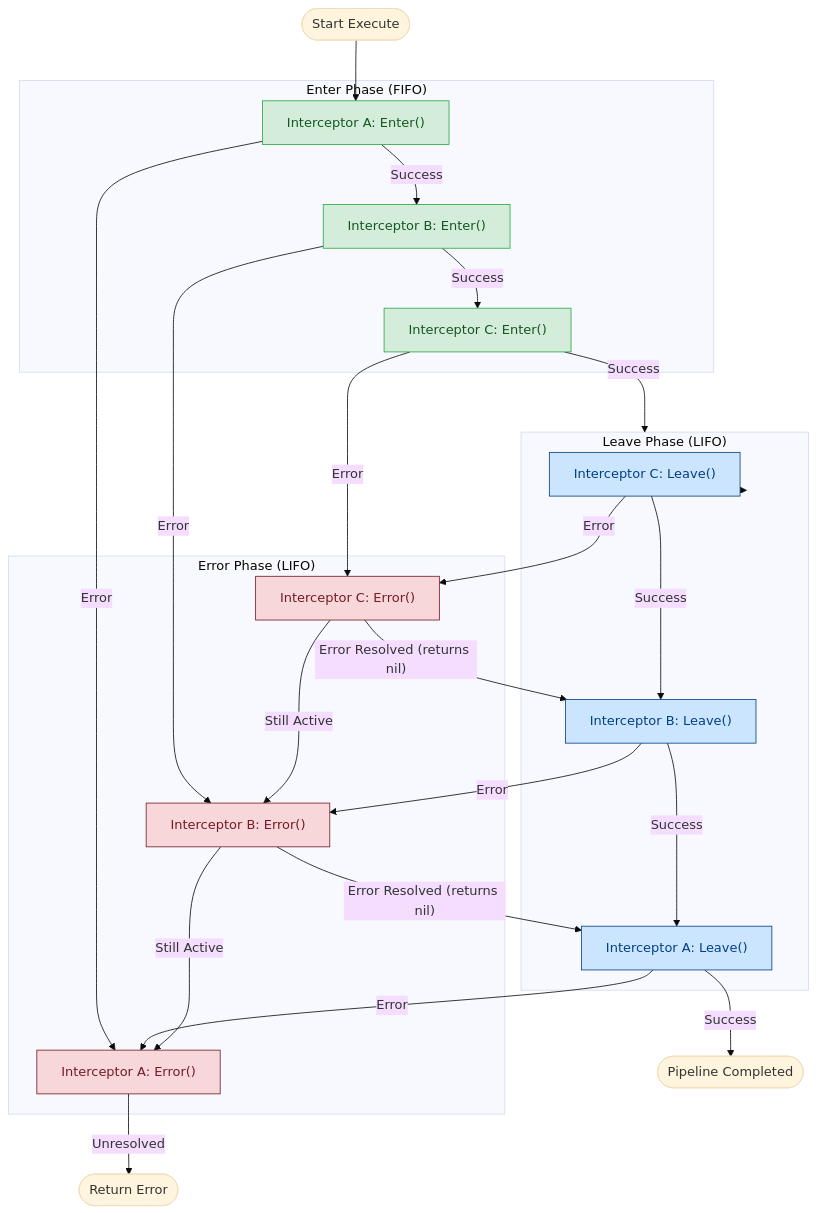
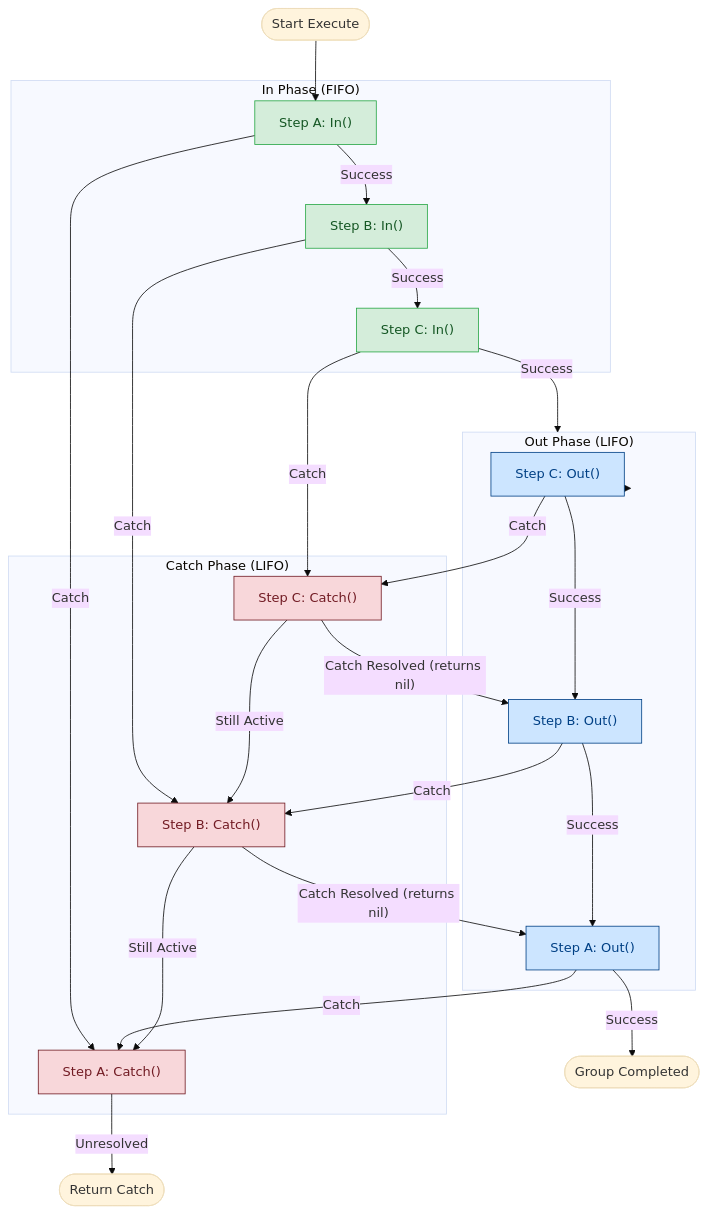
One commit to nedcg/uflow changed the diagram in README.md. Above: the diagram before and after it, drawn with Mermaid (base theme). The commit also changed other lines of this file and 22 other files, not shown here.

````diff
--- a/README.md
+++ b/README.md
@@ -31,61 +31,61 @@
 ```mermaid
 graph TD
     %% Define styles
     classDef enter fill:#d4edda,stroke:#28a745,color:#155724;
     classDef leave fill:#cce5ff,stroke:#004085,color:#004085;
     classDef err fill:#f8d7da,stroke:#721c24,color:#721c24;
 
     Start([Start Execute]) --> E1
 
-    %% Enter Phase
-    subgraph EnterPhase ["Enter Phase (FIFO)"]
-        E1["Interceptor A: Enter()"]
-        E2["Interceptor B: Enter()"]
-        E3["Interceptor C: Enter()"]
+    %% In Phase
+    subgraph EnterPhase ["In Phase (FIFO)"]
+        E1["Step A: In()"]
+        E2["Step B: In()"]
+        E3["Step C: In()"]
     end
     class E1,E2,E3 enter;
 
     E1 -- Success --> E2
     E2 -- Success --> E3
     E3 -- Success --> LeavePhase
 
-    %% Leave Phase
-    subgraph LeavePhase ["Leave Phase (LIFO)"]
-        L3["Interceptor C: Leave()"]
-        L2["Interceptor B: Leave()"]
-        L1["Interceptor A: Leave()"]
+    %% Out Phase
+    subgraph LeavePhase ["Out Phase (LIFO)"]
+        L3["Step C: Out()"]
+        L2["Step B: Out()"]
+        L1["Step A: Out()"]
     end
     class L3,L2,L1 leave;
 
     LeavePhase --> L3
     L3 -- Success --> L2
     L2 -- Success --> L1
-    L1 -- Success --> End([Pipeline Completed])
+    L1 -- Success --> End([Group Completed])
 
-    %% Error Phase
-    subgraph ErrorPhase ["Error Phase (LIFO)"]
-        Err3["Interceptor C: Error()"]
-        Err2["Interceptor B: Error()"]
-        Err1["Interceptor A: Error()"]
+    %% Catch Phase
+    subgraph ErrorPhase ["Catch Phase (LIFO)"]
+        Err3["Step C: Catch()"]
+        Err2["Step B: Catch()"]
+        Err1["Step A: Catch()"]
     end
     class Err3,Err2,Err1 err;
 
-    %% Enter Errors
-    E1 -- Error --> Err1
-    E2 -- Error --> Err2
-    E3 -- Error --> Err3
+    %% In Errors
+    E1 -- Catch --> Err1
+    E2 -- Catch --> Err2
+    E3 -- Catch --> Err3
 
-    %% Leave Errors
-    L3 -- Error --> Err3
-    L2 -- Error --> Err2
-    L1 -- Error --> Err1
+    %% Out Errors
+    L3 -- Catch --> Err3
+    L2 -- Catch --> Err2
+    L1 -- Catch --> Err1
 
-    %% Error Traversal
+    %% Catch Traversal
     Err3 -- "Still Active" --> Err2
     Err2 -- "Still Active" --> Err1
-    Err1 -- "Unresolved" --> ReturnErr([Return Error])
+    Err1 -- "Unresolved" --> ReturnErr([Return Catch])
 
     %% Recovery
-    Err2 -- "Error Resolved (returns nil)" --> L1
-    Err3 -- "Error Resolved (returns nil)" --> L2
+    Err2 -- "Catch Resolved (returns nil)" --> L1
+    Err3 -- "Catch Resolved (returns nil)" --> L2
 ```
````
